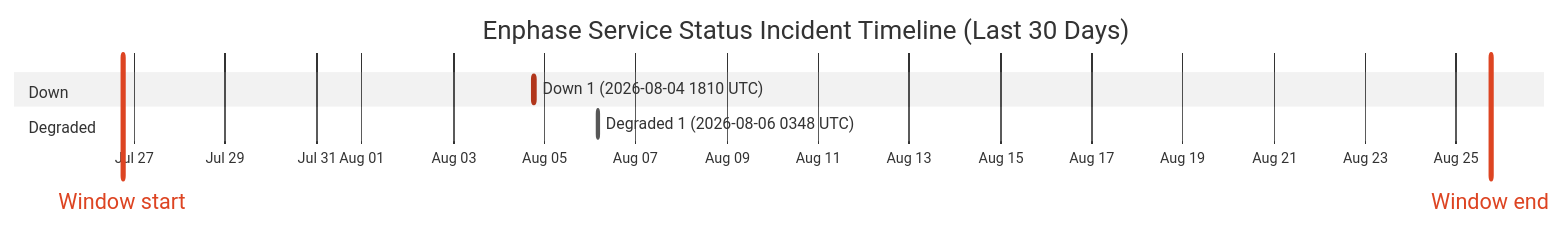
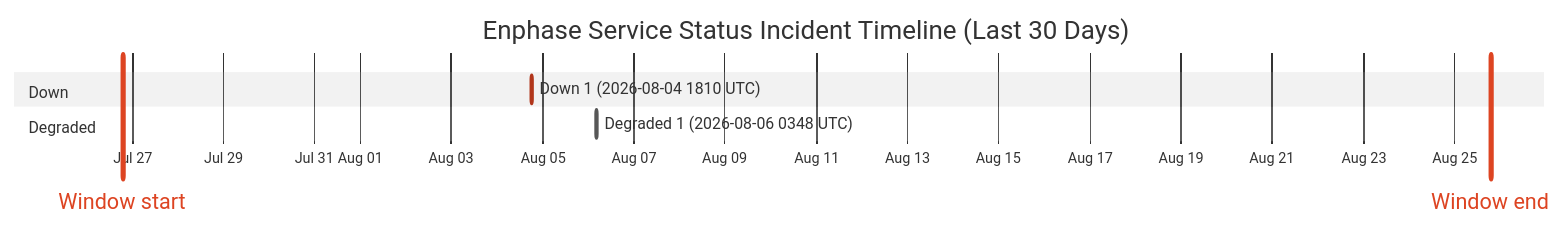
The diagram in wiki/Service-Status-History.md (barneyonline/ha-enphase-energy), drawn with Mermaid (neutral theme) before and after one commit. The commit also changed other lines of this file and 3 other files, not shown here.

````diff
--- a/wiki/Service-Status-History.md
+++ b/wiki/Service-Status-History.md
@@ -14,12 +14,12 @@
 ```mermaid
 gantt
     title Enphase Service Status Incident Timeline (Last 30 Days)
     dateFormat  YYYY-MM-DDTHH:mm:ss
     axisFormat  %b %d
-    Window start :vert, window-start, 2026-07-26T17:59:17, 0ms
-    Window end :vert, window-end, 2026-08-25T17:59:17, 0ms
+    Window start :vert, window-start, 2026-07-26T18:49:39, 0ms
+    Window end :vert, window-end, 2026-08-25T18:49:39, 0ms
     section Down
     Down 1 (2026-08-04 1810 UTC) :crit, down-1, 2026-08-04T18:10:46, 60m
     section Degraded
     Degraded 1 (2026-08-06 0348 UTC) :active, degraded-1, 2026-08-06T03:48:14, 60m
 ```
````
